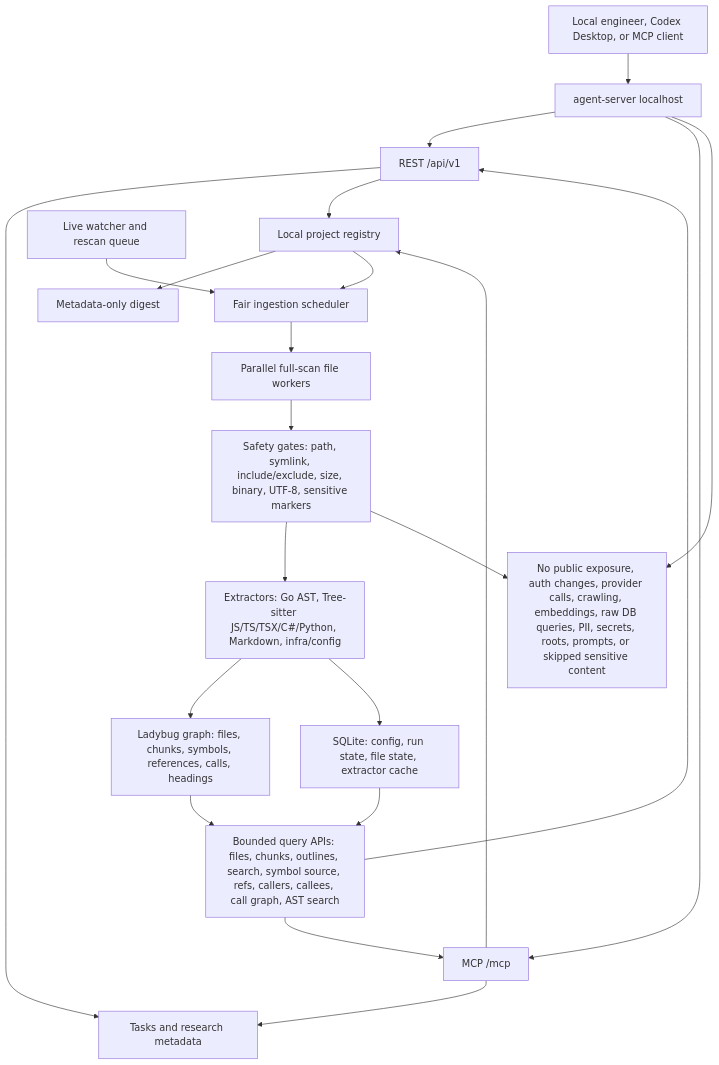
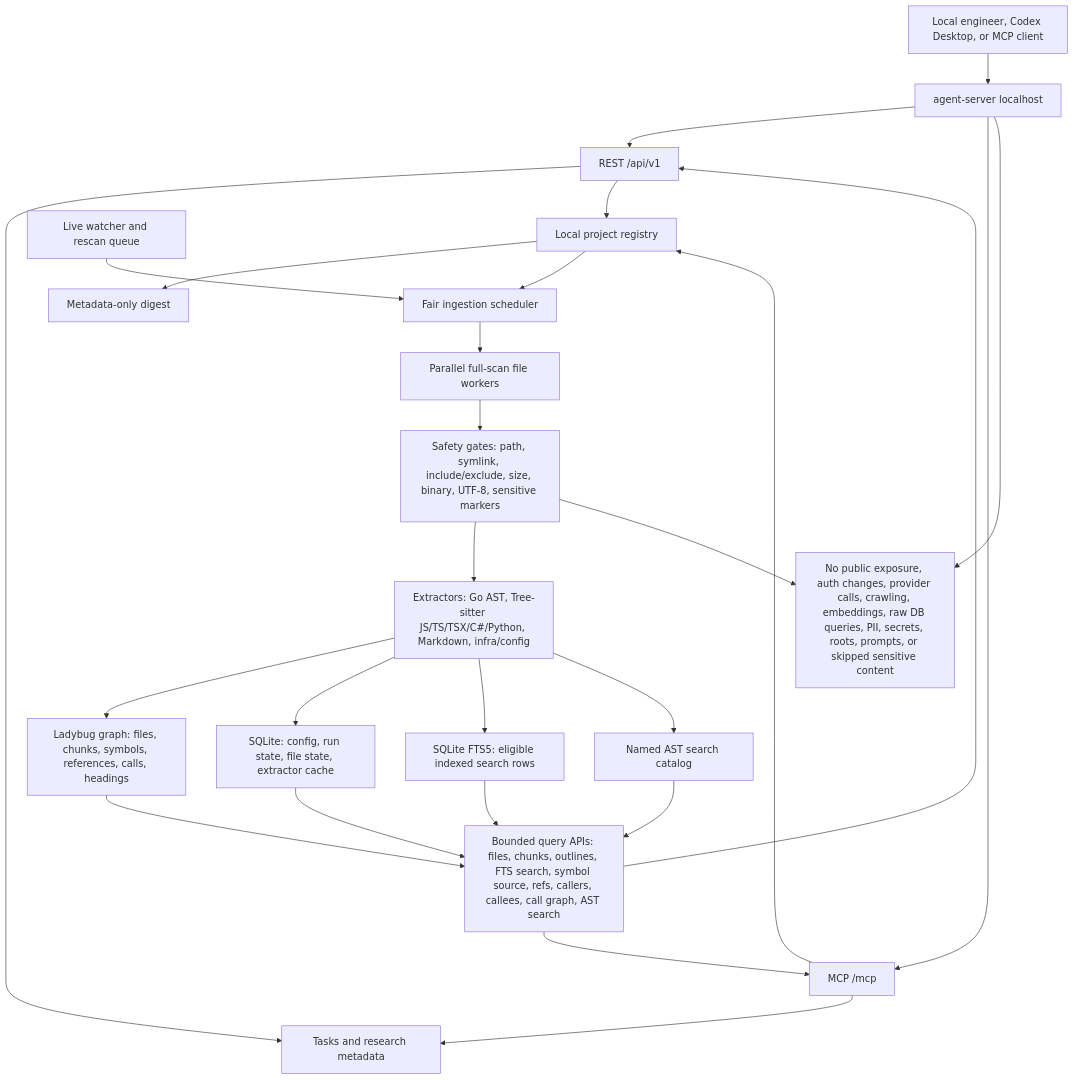
One commit to MiviaLabs/go-mivia changed the first of 4 diagrams in README.md. Above: the diagram before and after it, drawn with Mermaid. The commit also changed other lines of this file and 8 other files, not shown here.

````diff
--- a/README.md
+++ b/README.md
@@ -15,41 +15,47 @@
 ```mermaid
 flowchart TB
   Client["Local engineer, Codex Desktop, or MCP client"]
   Server["agent-server localhost"]
   REST["REST /api/v1"]
   MCP["MCP /mcp"]
   Tasks["Tasks and research metadata"]
   Registry["Local project registry"]
   Digest["Metadata-only digest"]
   Scheduler["Fair ingestion scheduler"]
   Live["Live watcher and rescan queue"]
   Workers["Parallel full-scan file workers"]
   Safety["Safety gates: path, symlink, include/exclude, size, binary, UTF-8, sensitive markers"]
   Extractors["Extractors: Go AST, Tree-sitter JS/TS/TSX/C#/Python, Markdown, infra/config"]
   Graph["Ladybug graph: files, chunks, symbols, references, calls, headings"]
   SQLite["SQLite: config, run state, file state, extractor cache"]
-  Queries["Bounded query APIs: files, chunks, outlines, search, symbol source, refs, callers, callees, call graph, AST search"]
+  FTS["SQLite FTS5: eligible indexed search rows"]
+  AST["Named AST search catalog"]
+  Queries["Bounded query APIs: files, chunks, outlines, FTS search, symbol source, refs, callers, callees, call graph, AST search"]
   Boundaries["No public exposure, auth changes, provider calls, crawling, embeddings, raw DB queries, PII, secrets, roots, prompts, or skipped sensitive content"]
 
   Client --> Server
   Server --> REST
   Server --> MCP
   REST --> Tasks
   MCP --> Tasks
   REST --> Registry
   MCP --> Registry
   Registry --> Digest
   Registry --> Scheduler
   Live --> Scheduler
   Scheduler --> Workers
   Workers --> Safety
   Safety --> Extractors
   Extractors --> Graph
   Extractors --> SQLite
+  Extractors --> FTS
+  Extractors --> AST
   Graph --> Queries
   SQLite --> Queries
+  FTS --> Queries
+  AST --> Queries
   Queries --> REST
   Queries --> MCP
   Server --> Boundaries
   Safety --> Boundaries
 ```
````
